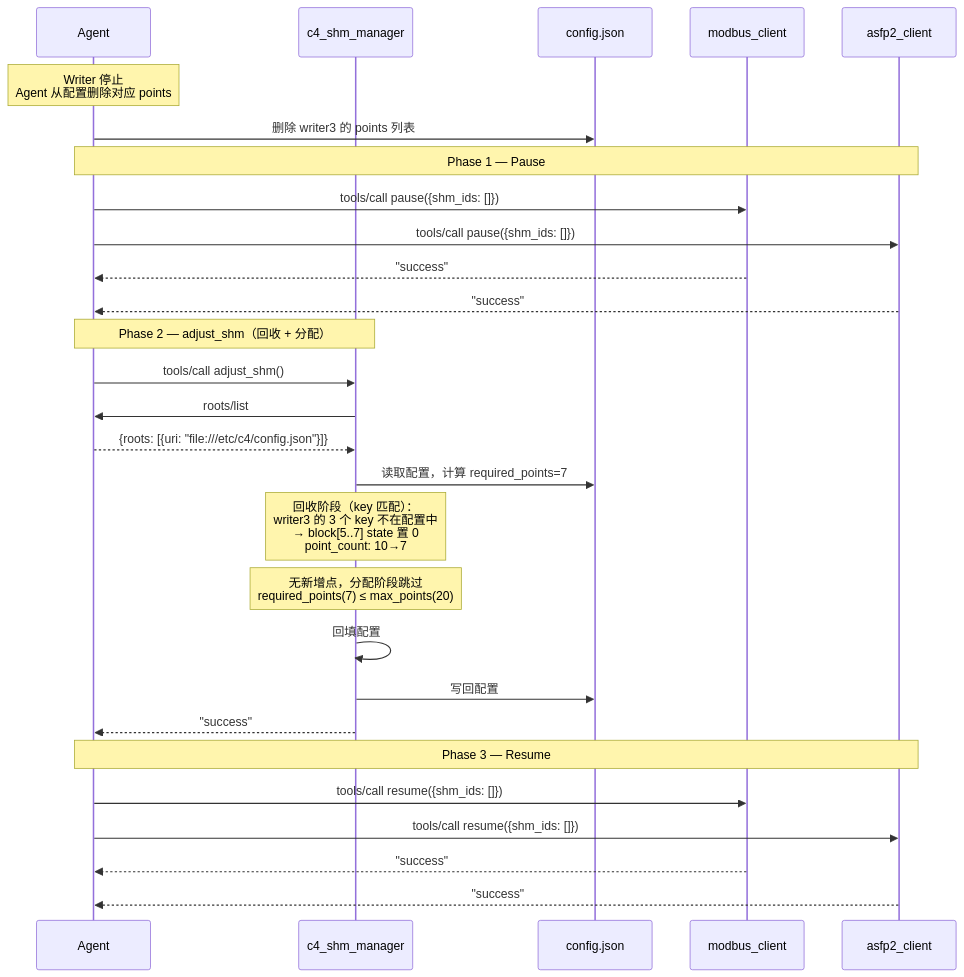
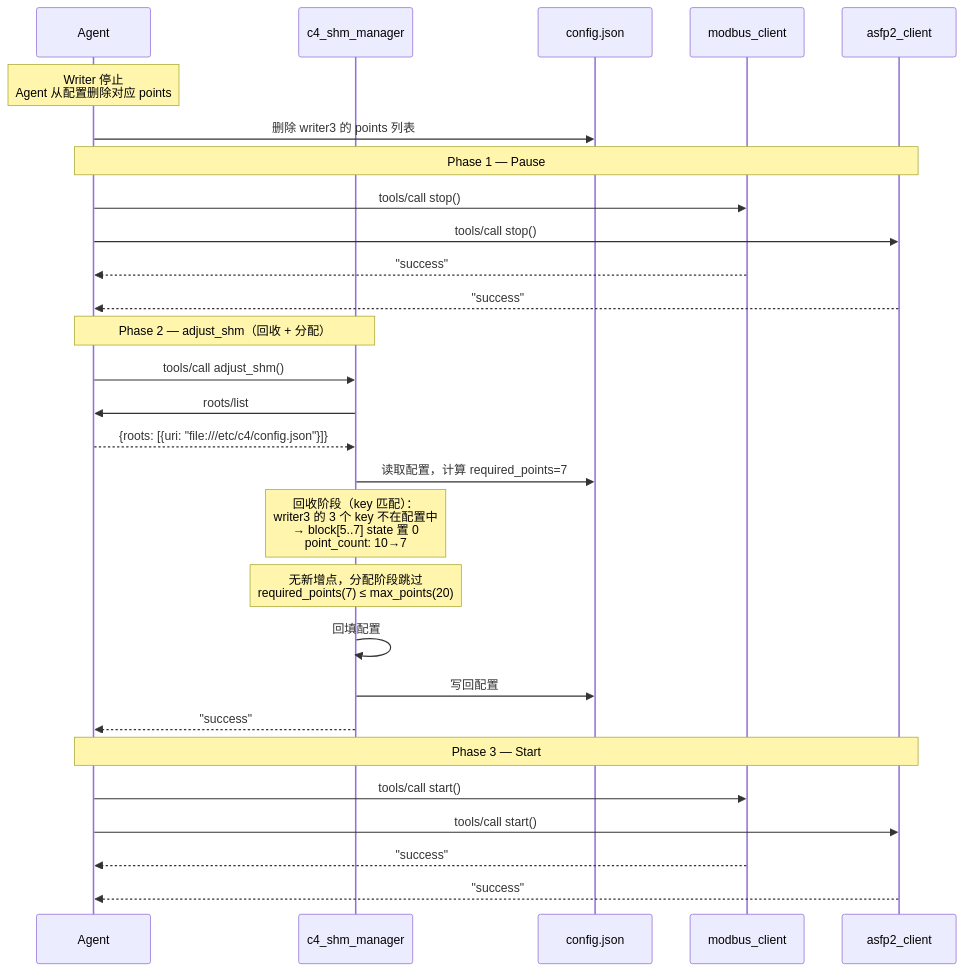
One commit to activesys/c4 changed the eighth of 9 diagrams in docs/design/c4_shm_manager.md. Above: the diagram before and after it, drawn with Mermaid. The commit also changed other lines of this file and 18 other files, not shown here.

First line of the commit message:
refactor: replace pause/resume with stop/start; rename remap_version to reserved

````diff
--- a/docs/design/c4_shm_manager.md
+++ b/docs/design/c4_shm_manager.md
@@ -910,34 +904,34 @@
 ```mermaid
 sequenceDiagram
     participant A as Agent
     participant S as c4_shm_manager
     participant CFG as config.json
     participant M1 as modbus_client
     participant M2 as asfp2_client
 
     Note over A: Writer 停止<br/>Agent 从配置删除对应 points
     A->>CFG: 删除 writer3 的 points 列表
 
     Note over A,M2: Phase 1 — Pause
-    A->>M1: tools/call pause({shm_ids: []})
-    A->>M2: tools/call pause({shm_ids: []})
+    A->>M1: tools/call stop()
+    A->>M2: tools/call stop()
     M1-->>A: "success"
     M2-->>A: "success"
 
     Note over A,S: Phase 2 — adjust_shm（回收 + 分配）
     A->>S: tools/call adjust_shm()
     S->>A: roots/list
     A-->>S: {roots: [{uri: "file:///etc/c4/config.json"}]}
     S->>CFG: 读取配置，计算 required_points=7
     Note over S: 回收阶段（key 匹配）：<br/>writer3 的 3 个 key 不在配置中<br/>→ block[5..7] state 置 0<br/>point_count: 10→7
     Note over S: 无新增点，分配阶段跳过<br/>required_points(7) ≤ max_points(20)
     S->>S: 回填配置
     S->>CFG: 写回配置
     S-->>A: "success"
 
-    Note over A,M2: Phase 3 — Resume
-    A->>M1: tools/call resume({shm_ids: []})
-    A->>M2: tools/call resume({shm_ids: []})
+    Note over A,M2: Phase 3 — Start
+    A->>M1: tools/call start()
+    A->>M2: tools/call start()
     M1-->>A: "success"
     M2-->>A: "success"
 ```
````
